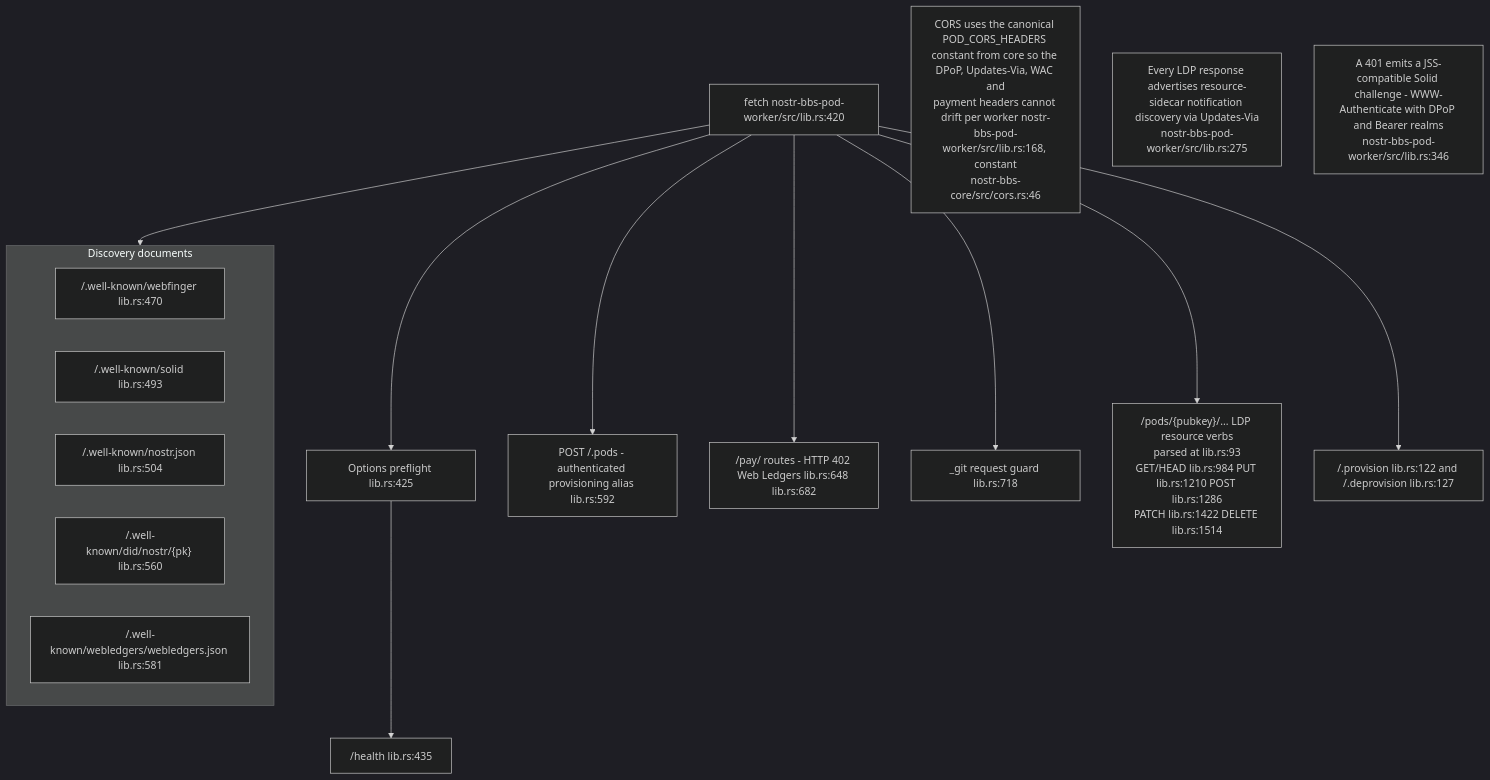
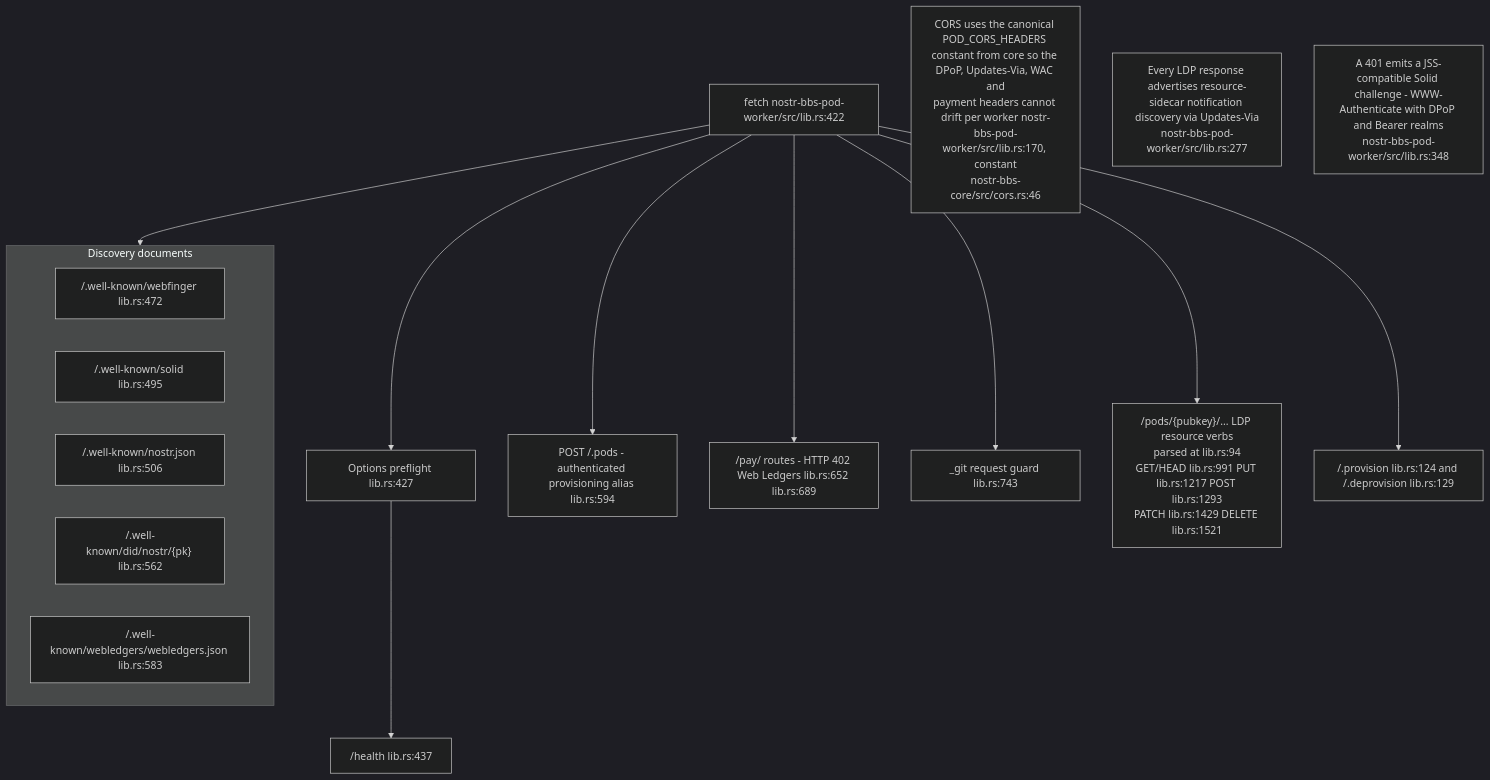
The first of 10 diagrams in docs/diagrams/nostr-rust-forum/04-pod-worker-ldp-wac-and-delegation.md (DreamLab-AI/VisionFlow), drawn with Mermaid (dark theme) before and after one commit. The commit also changed other lines of this file and 111 other files, not shown here.

Commit message:
docs(diagrams): align estate maps with current source

````diff
--- a/docs/diagrams/nostr-rust-forum/04-pod-worker-ldp-wac-and-delegation.md
+++ b/docs/diagrams/nostr-rust-forum/04-pod-worker-ldp-wac-and-delegation.md
@@ -38,26 +41,26 @@
 ```mermaid
 flowchart TB
-    F["fetch nostr-bbs-pod-worker/src/lib.rs:420"]
-    OPT["Options preflight lib.rs:425"]
-    HEALTH["/health lib.rs:435"]
+    F["fetch nostr-bbs-pod-worker/src/lib.rs:422"]
+    OPT["Options preflight lib.rs:427"]
+    HEALTH["/health lib.rs:437"]
     subgraph disc["Discovery documents"]
-        WF["/.well-known/webfinger lib.rs:470"]
-        SOL["/.well-known/solid lib.rs:493"]
-        N05["/.well-known/nostr.json lib.rs:504"]
-        DID["/.well-known/did/nostr/{pk} lib.rs:560"]
-        WL["/.well-known/webledgers/webledgers.json lib.rs:581"]
+        WF["/.well-known/webfinger lib.rs:472"]
+        SOL["/.well-known/solid lib.rs:495"]
+        N05["/.well-known/nostr.json lib.rs:506"]
+        DID["/.well-known/did/nostr/{pk} lib.rs:562"]
+        WL["/.well-known/webledgers/webledgers.json lib.rs:583"]
     end
-    PODS["POST /.pods - authenticated provisioning alias lib.rs:592"]
-    PAY["/pay/ routes - HTTP 402 Web Ledgers lib.rs:648 lib.rs:682"]
-    GITG["_git request guard lib.rs:718"]
-    LDP["/pods/{pubkey}/... LDP resource verbs<br/>parsed at lib.rs:93<br/>GET/HEAD lib.rs:984 PUT lib.rs:1210 POST lib.rs:1286<br/>PATCH lib.rs:1422 DELETE lib.rs:1514"]
-    PROV["/.provision lib.rs:122 and /.deprovision lib.rs:127"]
+    PODS["POST /.pods - authenticated provisioning alias lib.rs:594"]
+    PAY["/pay/ routes - HTTP 402 Web Ledgers lib.rs:652 lib.rs:689"]
+    GITG["_git request guard lib.rs:743"]
+    LDP["/pods/{pubkey}/... LDP resource verbs<br/>parsed at lib.rs:94<br/>GET/HEAD lib.rs:991 PUT lib.rs:1217 POST lib.rs:1293<br/>PATCH lib.rs:1429 DELETE lib.rs:1521"]
+    PROV["/.provision lib.rs:124 and /.deprovision lib.rs:129"]
 
     F --> OPT --> HEALTH
     F --> disc
     F --> PODS & PAY & GITG & LDP & PROV
 
-    N1["CORS uses the canonical POD_CORS_HEADERS constant from core so the DPoP, Updates-Via, WAC and<br/>payment headers cannot drift per worker nostr-bbs-pod-worker/src/lib.rs:168, constant<br/>nostr-bbs-core/src/cors.rs:46"]
-    N2["Every LDP response advertises resource-sidecar notification discovery via Updates-Via<br/>nostr-bbs-pod-worker/src/lib.rs:275"]
-    N3["A 401 emits a JSS-compatible Solid challenge - WWW-Authenticate with DPoP and Bearer realms<br/>nostr-bbs-pod-worker/src/lib.rs:346"]
+    N1["CORS uses the canonical POD_CORS_HEADERS constant from core so the DPoP, Updates-Via, WAC and<br/>payment headers cannot drift per worker nostr-bbs-pod-worker/src/lib.rs:170, constant<br/>nostr-bbs-core/src/cors.rs:46"]
+    N2["Every LDP response advertises resource-sidecar notification discovery via Updates-Via<br/>nostr-bbs-pod-worker/src/lib.rs:277"]
+    N3["A 401 emits a JSS-compatible Solid challenge - WWW-Authenticate with DPoP and Bearer realms<br/>nostr-bbs-pod-worker/src/lib.rs:348"]
 ```
````
